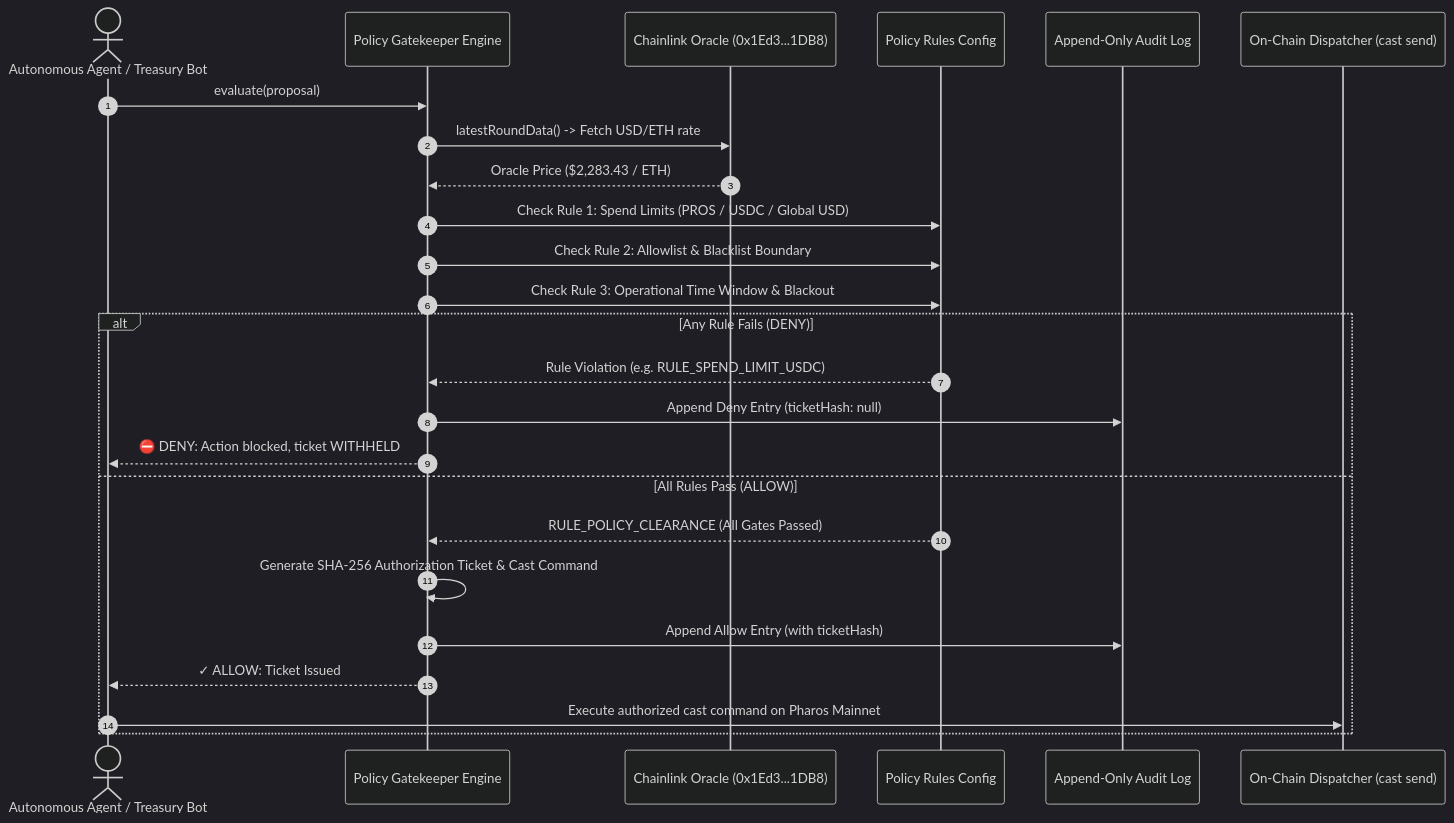
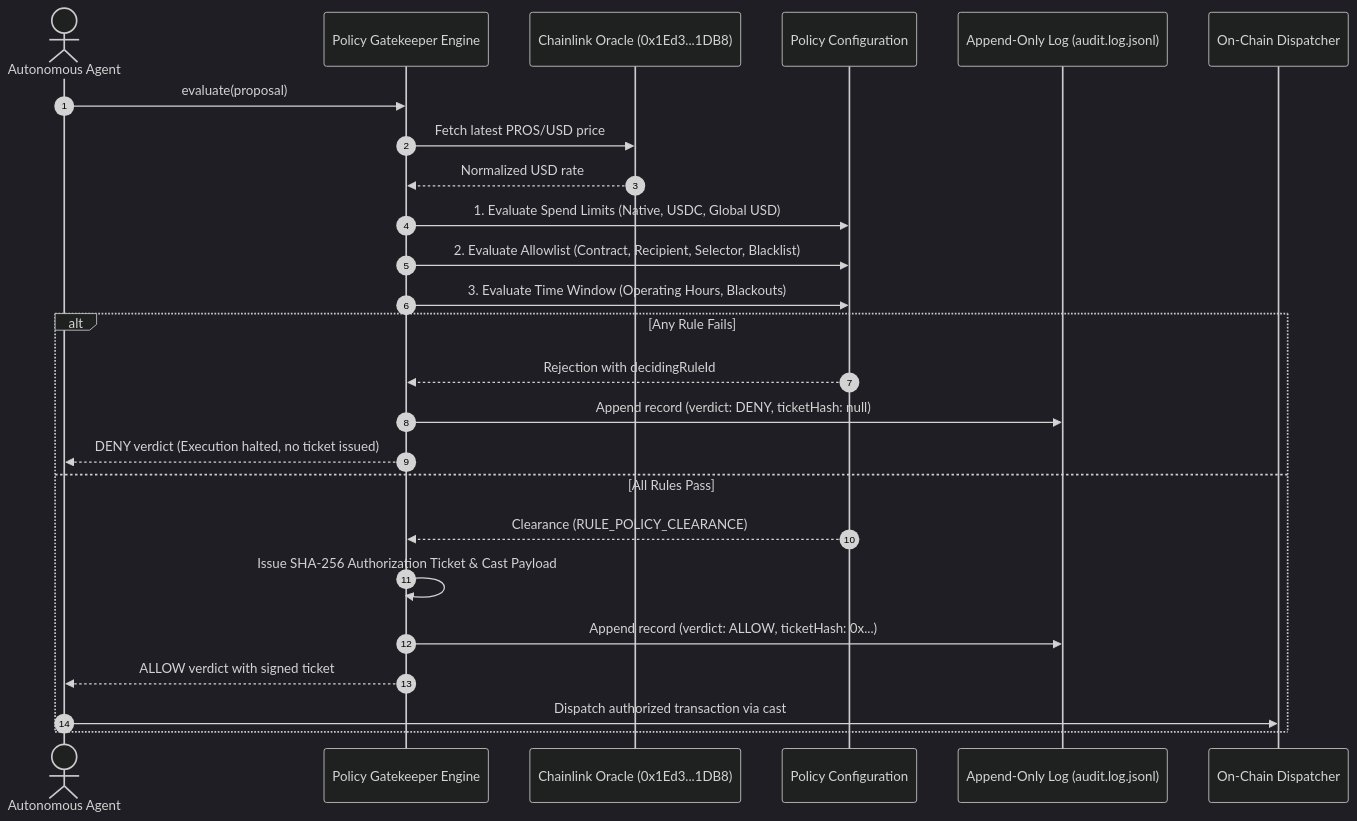
The diagram in tasks/12-policy-gatekeeper/README.md (wakanda-soul/pharos-ai), drawn with Mermaid (dark theme) before and after one commit. The commit also changed other lines of this file and 1 other file, not shown here.

Commit message:
Refactor policy gatekeeper documentation and remove legacy boilerplate

````diff
--- a/tasks/12-policy-gatekeeper/README.md
+++ b/tasks/12-policy-gatekeeper/README.md
@@ -45,29 +45,29 @@
 ```mermaid
 sequenceDiagram
     autonumber
-    actor Agent as Autonomous Agent / Treasury Bot
+    actor Agent as Autonomous Agent
     participant GK as Policy Gatekeeper Engine
     participant Oracle as Chainlink Oracle (0x1Ed3...1DB8)
-    participant Policy as Policy Rules Config
-    participant Audit as Append-Only Audit Log
-    participant Execution as On-Chain Dispatcher (cast send)
+    participant Rules as Policy Configuration
+    participant Audit as Append-Only Log (audit.log.jsonl)
+    participant Execution as On-Chain Dispatcher
 
     Agent->>GK: evaluate(proposal)
-    GK->>Oracle: latestRoundData() -> Fetch USD/ETH rate
-    Oracle-->>GK: Oracle Price ($2,283.43 / ETH)
-    GK->>Policy: Check Rule 1: Spend Limits (PROS / USDC / Global USD)
-    GK->>Policy: Check Rule 2: Allowlist & Blacklist Boundary
-    GK->>Policy: Check Rule 3: Operational Time Window & Blackout
-    
-    alt Any Rule Fails (DENY)
-        Policy-->>GK: Rule Violation (e.g. RULE_SPEND_LIMIT_USDC)
-        GK->>Audit: Append Deny Entry (ticketHash: null)
-        GK-->>Agent: ⛔ DENY: Action blocked, ticket WITHHELD
-    else All Rules Pass (ALLOW)
-        Policy-->>GK: RULE_POLICY_CLEARANCE (All Gates Passed)
-        GK->>GK: Generate SHA-256 Authorization Ticket & Cast Command
-        GK->>Audit: Append Allow Entry (with ticketHash)
-        GK-->>Agent: ✓ ALLOW: Ticket Issued
-        Agent->>Execution: Execute authorized cast command on Pharos Mainnet
+    GK->>Oracle: Fetch latest PROS/USD price
+    Oracle-->>GK: Normalized USD rate
+    GK->>Rules: 1. Evaluate Spend Limits (Native, USDC, Global USD)
+    GK->>Rules: 2. Evaluate Allowlist (Contract, Recipient, Selector, Blacklist)
+    GK->>Rules: 3. Evaluate Time Window (Operating Hours, Blackouts)
+
+    alt Any Rule Fails
+        Rules-->>GK: Rejection with decidingRuleId
+        GK->>Audit: Append record (verdict: DENY, ticketHash: null)
+        GK-->>Agent: DENY verdict (Execution halted, no ticket issued)
+    else All Rules Pass
+        Rules-->>GK: Clearance (RULE_POLICY_CLEARANCE)
+        GK->>GK: Issue SHA-256 Authorization Ticket & Cast Payload
+        GK->>Audit: Append record (verdict: ALLOW, ticketHash: 0x...)
+        GK-->>Agent: ALLOW verdict with signed ticket
+        Agent->>Execution: Dispatch authorized transaction via cast
     end
 ```
````
